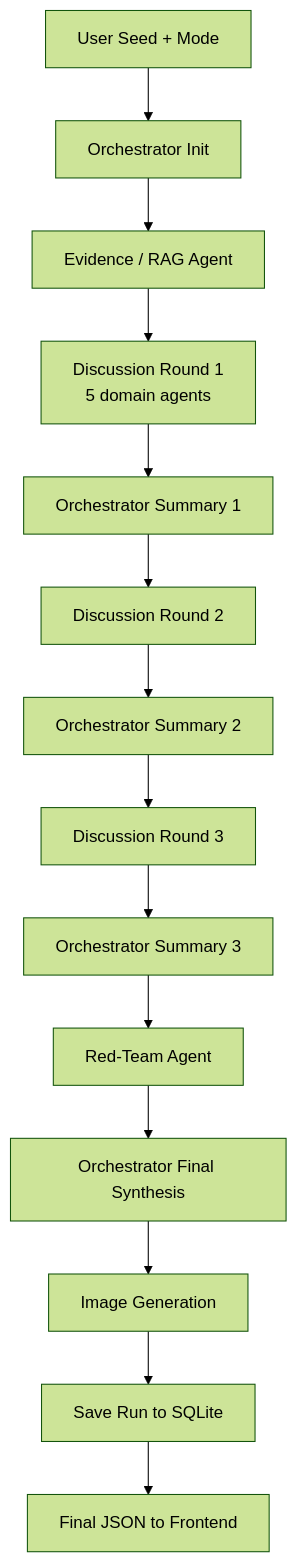
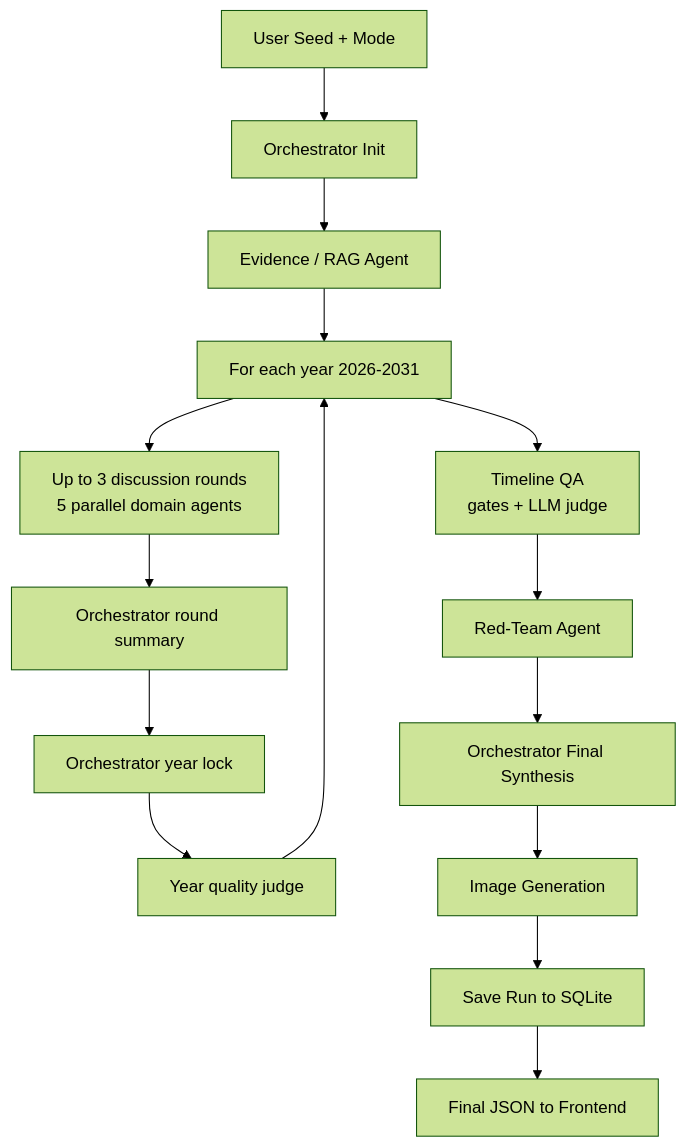
The diagram in README.md (shaimove/Second-Cold-War-Simulation-using-Agents), drawn with Mermaid (forest theme) before and after one commit. The commit also changed other lines of this file and 38 other files, not shown here.

Commit message:
add llm-as-a-judge. every one year iterations

````diff
--- a/README.md
+++ b/README.md
@@ -53,16 +56,17 @@
 ```mermaid
 flowchart TD
     A[User Seed + Mode] --> B[Orchestrator Init]
     B --> C[Evidence / RAG Agent]
-    C --> D1[Discussion Round 1<br/>5 domain agents]
-    D1 --> S1[Orchestrator Summary 1]
-    S1 --> D2[Discussion Round 2]
-    D2 --> S2[Orchestrator Summary 2]
-    S2 --> D3[Discussion Round 3]
-    D3 --> S3[Orchestrator Summary 3]
-    S3 --> R[Red-Team Agent]
+    C --> Y[For each year 2026-2031]
+    Y --> D[Up to 3 discussion rounds<br/>5 parallel domain agents]
+    D --> S[Orchestrator round summary]
+    S --> L[Orchestrator year lock]
+    L --> J[Year quality judge]
+    J --> Y
+    Y --> TQ[Timeline QA<br/>gates + LLM judge]
+    TQ --> R[Red-Team Agent]
     R --> F[Orchestrator Final Synthesis]
     F --> I[Image Generation]
     I --> SV[Save Run to SQLite]
     SV --> Z[Final JSON to Frontend]
 ```
````
